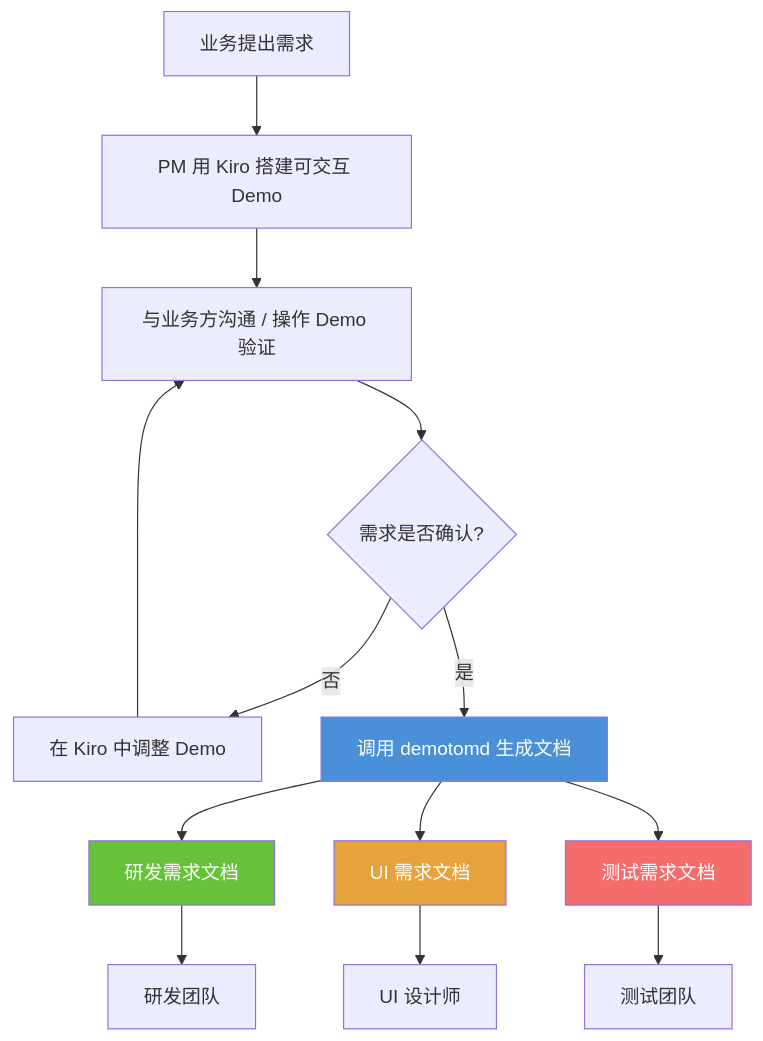
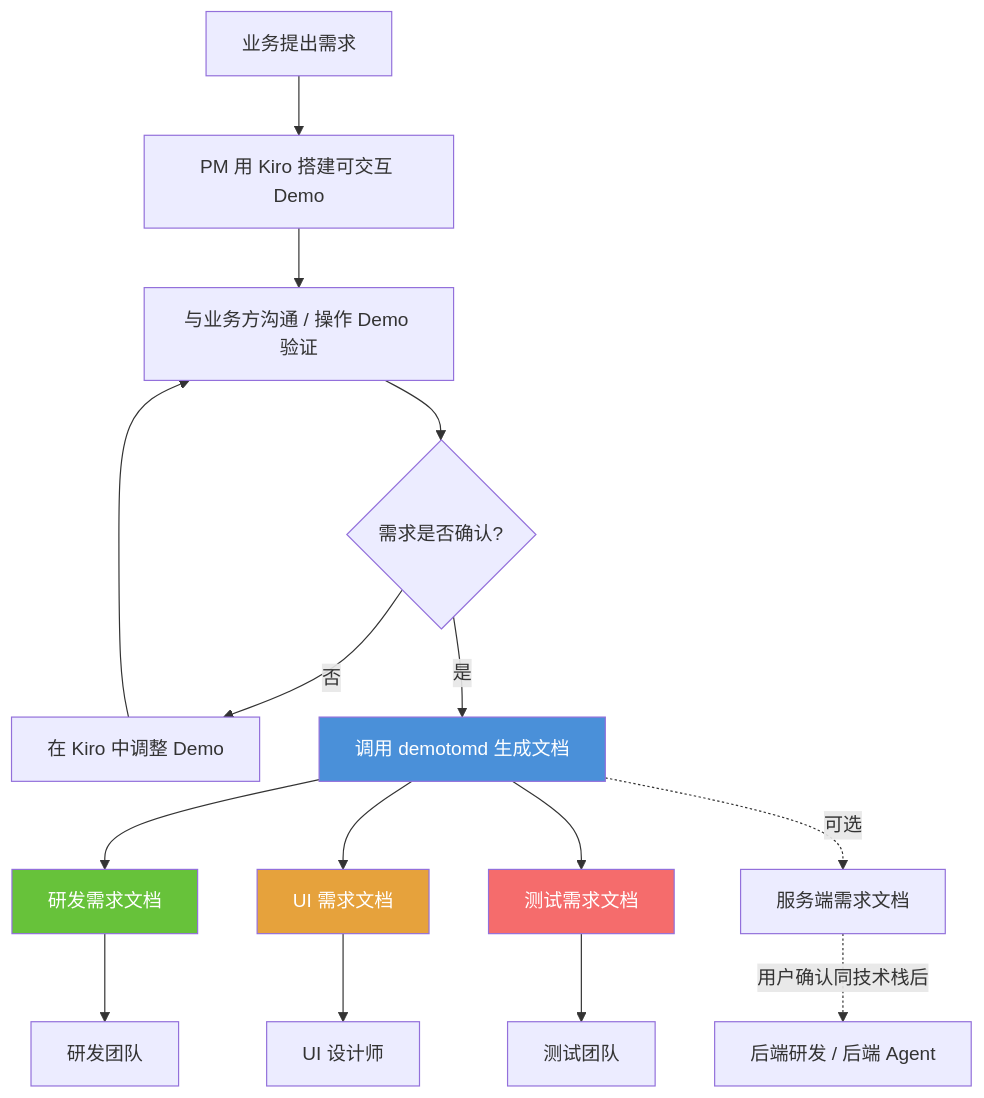
The first of 7 diagrams in product-workflow.md (LarryLiny/U-PM-MD-generate), drawn with Mermaid before and after one commit. The commit also changed other lines of this file and 26 other files, not shown here.

First line of the commit message:
feat: demotomd v4.0.0 — 补齐测试可执行性 + Definition of Done + mermaid

````diff
--- a/product-workflow.md
+++ b/product-workflow.md
@@ -9,20 +32,22 @@
 ```mermaid
 flowchart TB
     A[业务提出需求] --> B[PM 用 Kiro 搭建可交互 Demo]
     B --> C[与业务方沟通 / 操作 Demo 验证]
     C --> D{需求是否确认?}
     D -- 否 --> E[在 Kiro 中调整 Demo]
     E --> C
     D -- 是 --> F[调用 demotomd 生成文档]
     F --> G[研发需求文档]
     F --> H[UI 需求文档]
     F --> I[测试需求文档]
+    F -. 可选 .-> M[服务端需求文档]
     G --> J[研发团队]
     H --> K[UI 设计师]
     I --> L[测试团队]
+    M -. 用户确认同技术栈后 .-> N[后端研发 / 后端 Agent]
 
     style F fill:#4A90D9,color:#fff
     style G fill:#67C23A,color:#fff
     style H fill:#E6A23C,color:#fff
     style I fill:#F56C6C,color:#fff
 ```
````
